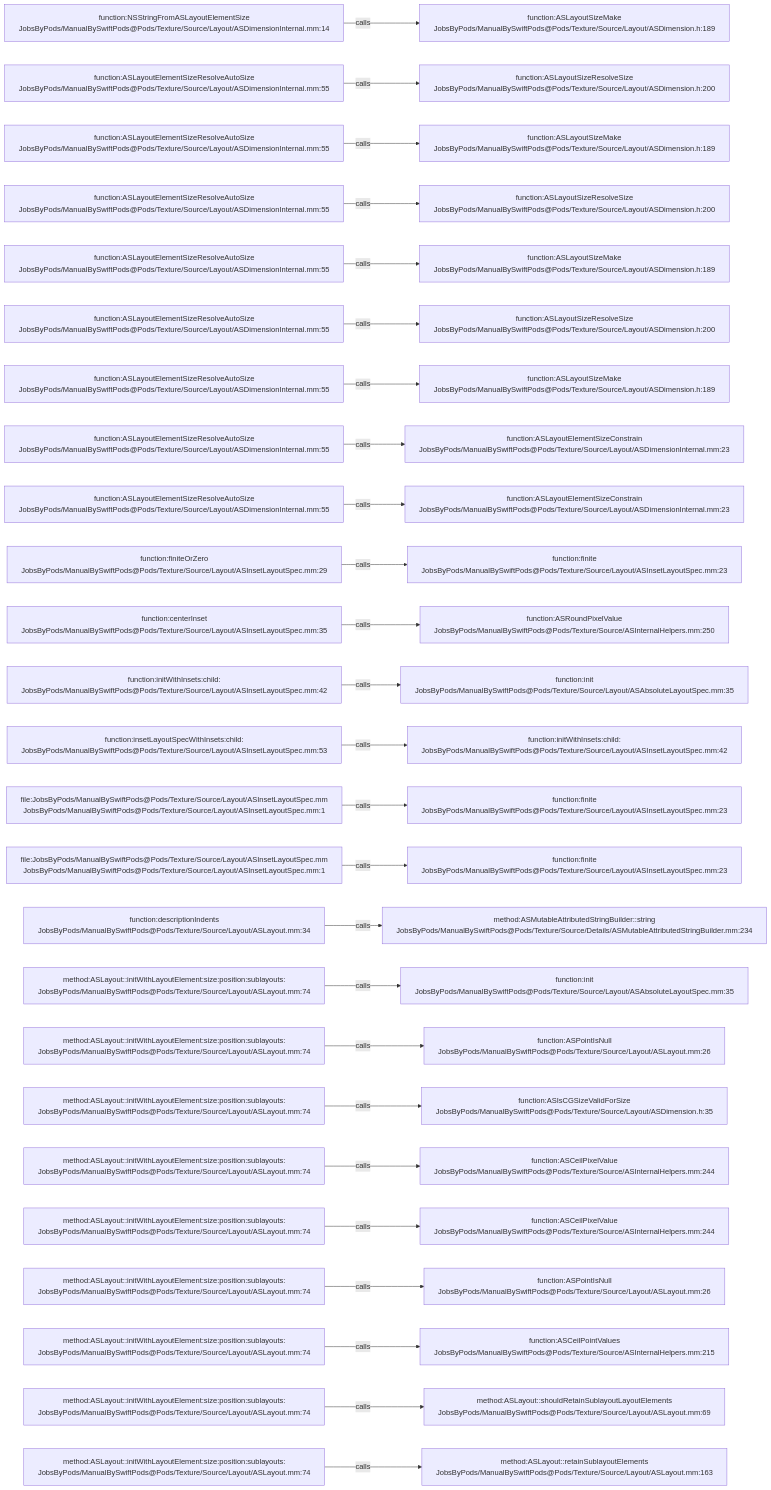
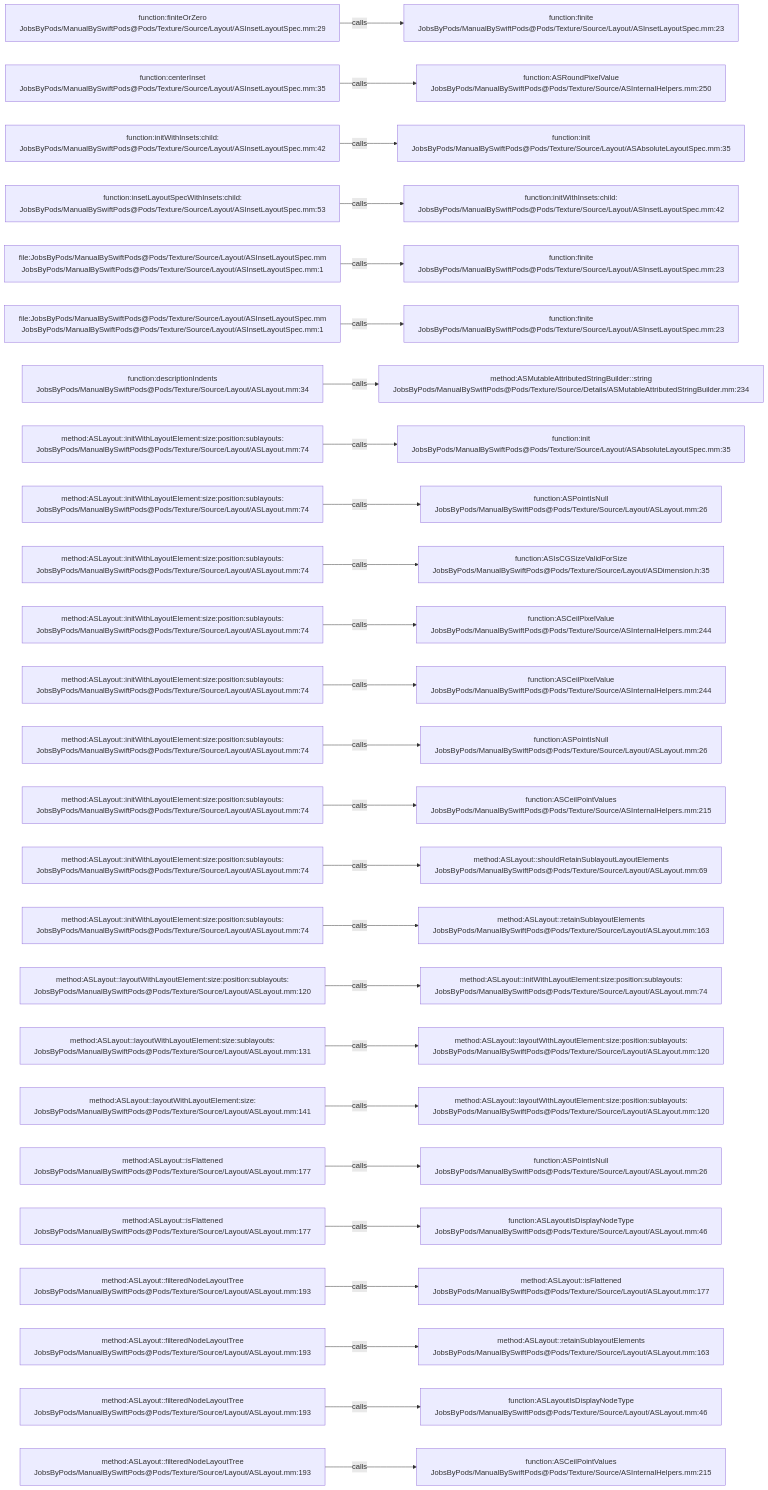
One commit to JobsKits/JobsSwiftBaseConfigDemo changed the diagram in .codegraph/codegraph.md/graphs/calls-108.md. Above: the diagram before and after it, drawn with Mermaid. The commit also changed 707 other files, not shown here.

````diff
--- a/.codegraph/codegraph.md/graphs/calls-108.md
+++ b/.codegraph/codegraph.md/graphs/calls-108.md
@@ -13,78 +13,78 @@
 ```mermaid
 flowchart LR
-  S1["function:NSStringFromASLayoutElementSize<br/>JobsByPods/ManualBySwiftPods@Pods/Texture/Source/Layout/ASDimensionInternal.mm:14"]
-  T1["function:ASLayoutSizeMake<br/>JobsByPods/ManualBySwiftPods@Pods/Texture/Source/Layout/ASDimension.h:189"]
+  S1["function:finiteOrZero<br/>JobsByPods/ManualBySwiftPods@Pods/Texture/Source/Layout/ASInsetLayoutSpec.mm:29"]
+  T1["function:finite<br/>JobsByPods/ManualBySwiftPods@Pods/Texture/Source/Layout/ASInsetLayoutSpec.mm:23"]
   S1 -->|calls| T1
-  S2["function:ASLayoutElementSizeResolveAutoSize<br/>JobsByPods/ManualBySwiftPods@Pods/Texture/Source/Layout/ASDimensionInternal.mm:55"]
-  T2["function:ASLayoutSizeResolveSize<br/>JobsByPods/ManualBySwiftPods@Pods/Texture/Source/Layout/ASDimension.h:200"]
+  S2["function:centerInset<br/>JobsByPods/ManualBySwiftPods@Pods/Texture/Source/Layout/ASInsetLayoutSpec.mm:35"]
+  T2["function:ASRoundPixelValue<br/>JobsByPods/ManualBySwiftPods@Pods/Texture/Source/ASInternalHelpers.mm:250"]
   S2 -->|calls| T2
-  S3["function:ASLayoutElementSizeResolveAutoSize<br/>JobsByPods/ManualBySwiftPods@Pods/Texture/Source/Layout/ASDimensionInternal.mm:55"]
-  T3["function:ASLayoutSizeMake<br/>JobsByPods/ManualBySwiftPods@Pods/Texture/Source/Layout/ASDimension.h:189"]
+  S3["function:initWithInsets:child:<br/>JobsByPods/ManualBySwiftPods@Pods/Texture/Source/Layout/ASInsetLayoutSpec.mm:42"]
+  T3["function:init<br/>JobsByPods/ManualBySwiftPods@Pods/Texture/Source/Layout/ASAbsoluteLayoutSpec.mm:35"]
   S3 -->|calls| T3
-  S4["function:ASLayoutElementSizeResolveAutoSize<br/>JobsByPods/ManualBySwiftPods@Pods/Texture/Source/Layout/ASDimensionInternal.mm:55"]
-  T4["function:ASLayoutSizeResolveSize<br/>JobsByPods/ManualBySwiftPods@Pods/Texture/Source/Layout/ASDimension.h:200"]
+  S4["function:insetLayoutSpecWithInsets:child:<br/>JobsByPods/ManualBySwiftPods@Pods/Texture/Source/Layout/ASInsetLayoutSpec.mm:53"]
+  T4["function:initWithInsets:child:<br/>JobsByPods/ManualBySwiftPods@Pods/Texture/Source/Layout/ASInsetLayoutSpec.mm:42"]
   S4 -->|calls| T4
-  S5["function:ASLayoutElementSizeResolveAutoSize<br/>JobsByPods/ManualBySwiftPods@Pods/Texture/Source/Layout/ASDimensionInternal.mm:55"]
-  T5["function:ASLayoutSizeMake<br/>JobsByPods/ManualBySwiftPods@Pods/Texture/Source/Layout/ASDimension.h:189"]
+  S5["file:JobsByPods/ManualBySwiftPods@Pods/Texture/Source/Layout/ASInsetLayoutSpec.mm<br/>JobsByPods/ManualBySwiftPods@Pods/Texture/Source/Layout/ASInsetLayoutSpec.mm:1"]
+  T5["function:finite<br/>JobsByPods/ManualBySwiftPods@Pods/Texture/Source/Layout/ASInsetLayoutSpec.mm:23"]
   S5 -->|calls| T5
-  S6["function:ASLayoutElementSizeResolveAutoSize<br/>JobsByPods/ManualBySwiftPods@Pods/Texture/Source/Layout/ASDimensionInternal.mm:55"]
-  T6["function:ASLayoutSizeResolveSize<br/>JobsByPods/ManualBySwiftPods@Pods/Texture/Source/Layout/ASDimension.h:200"]
+  S6["file:JobsByPods/ManualBySwiftPods@Pods/Texture/Source/Layout/ASInsetLayoutSpec.mm<br/>JobsByPods/ManualBySwiftPods@Pods/Texture/Source/Layout/ASInsetLayoutSpec.mm:1"]
+  T6["function:finite<br/>JobsByPods/ManualBySwiftPods@Pods/Texture/Source/Layout/ASInsetLayoutSpec.mm:23"]
   S6 -->|calls| T6
-  S7["function:ASLayoutElementSizeResolveAutoSize<br/>JobsByPods/ManualBySwiftPods@Pods/Texture/Source/Layout/ASDimensionInternal.mm:55"]
-  T7["function:ASLayoutSizeMake<br/>JobsByPods/ManualBySwiftPods@Pods/Texture/Source/Layout/ASDimension.h:189"]
+  S7["function:descriptionIndents<br/>JobsByPods/ManualBySwiftPods@Pods/Texture/Source/Layout/ASLayout.mm:34"]
+  T7["method:ASMutableAttributedStringBuilder::string<br/>JobsByPods/ManualBySwiftPods@Pods/Texture/Source/Details/ASMutableAttributedStringBuilder.mm:234"]
   S7 -->|calls| T7
-  S8["function:ASLayoutElementSizeResolveAutoSize<br/>JobsByPods/ManualBySwiftPods@Pods/Texture/Source/Layout/ASDimensionInternal.mm:55"]
-  T8["function:ASLayoutElementSizeConstrain<br/>JobsByPods/ManualBySwiftPods@Pods/Texture/Source/Layout/ASDimensionInternal.mm:23"]
+  S8["method:ASLayout::initWithLayoutElement:size:position:sublayouts:<br/>JobsByPods/ManualBySwiftPods@Pods/Texture/Source/Layout/ASLayout.mm:74"]
+  T8["function:init<br/>JobsByPods/ManualBySwiftPods@Pods/Texture/Source/Layout/ASAbsoluteLayoutSpec.mm:35"]
   S8 -->|calls| T8
-  S9["function:ASLayoutElementSizeResolveAutoSize<br/>JobsByPods/ManualBySwiftPods@Pods/Texture/Source/Layout/ASDimensionInternal.mm:55"]
-  T9["function:ASLayoutElementSizeConstrain<br/>JobsByPods/ManualBySwiftPods@Pods/Texture/Source/Layout/ASDimensionInternal.mm:23"]
+  S9["method:ASLayout::initWithLayoutElement:size:position:sublayouts:<br/>JobsByPods/ManualBySwiftPods@Pods/Texture/Source/Layout/ASLayout.mm:74"]
+  T9["function:ASPointIsNull<br/>JobsByPods/ManualBySwiftPods@Pods/Texture/Source/Layout/ASLayout.mm:26"]
   S9 -->|calls| T9
-  S10["function:finiteOrZero<br/>JobsByPods/ManualBySwiftPods@Pods/Texture/Source/Layout/ASInsetLayoutSpec.mm:29"]
-  T10["function:finite<br/>JobsByPods/ManualBySwiftPods@Pods/Texture/Source/Layout/ASInsetLayoutSpec.mm:23"]
+  S10["method:ASLayout::initWithLayoutElement:size:position:sublayouts:<br/>JobsByPods/ManualBySwiftPods@Pods/Texture/Source/Layout/ASLayout.mm:74"]
+  T10["function:ASIsCGSizeValidForSize<br/>JobsByPods/ManualBySwiftPods@Pods/Texture/Source/Layout/ASDimension.h:35"]
   S10 -->|calls| T10
-  S11["function:centerInset<br/>JobsByPods/ManualBySwiftPods@Pods/Texture/Source/Layout/ASInsetLayoutSpec.mm:35"]
-  T11["function:ASRoundPixelValue<br/>JobsByPods/ManualBySwiftPods@Pods/Texture/Source/ASInternalHelpers.mm:250"]
+  S11["method:ASLayout::initWithLayoutElement:size:position:sublayouts:<br/>JobsByPods/ManualBySwiftPods@Pods/Texture/Source/Layout/ASLayout.mm:74"]
+  T11["function:ASCeilPixelValue<br/>JobsByPods/ManualBySwiftPods@Pods/Texture/Source/ASInternalHelpers.mm:244"]
   S11 -->|calls| T11
-  S12["function:initWithInsets:child:<br/>JobsByPods/ManualBySwiftPods@Pods/Texture/Source/Layout/ASInsetLayoutSpec.mm:42"]
-  T12["function:init<br/>JobsByPods/ManualBySwiftPods@Pods/Texture/Source/Layout/ASAbsoluteLayoutSpec.mm:35"]
+  S12["method:ASLayout::initWithLayoutElement:size:position:sublayouts:<br/>JobsByPods/ManualBySwiftPods@Pods/Texture/Source/Layout/ASLayout.mm:74"]
+  T12["function:ASCeilPixelValue<br/>JobsByPods/ManualBySwiftPods@Pods/Texture/Source/ASInternalHelpers.mm:244"]
   S12 -->|calls| T12
-  S13["function:insetLayoutSpecWithInsets:child:<br/>JobsByPods/ManualBySwiftPods@Pods/Texture/Source/Layout/ASInsetLayoutSpec.mm:53"]
-  T13["function:initWithInsets:child:<br/>JobsByPods/ManualBySwiftPods@Pods/Texture/Source/Layout/ASInsetLayoutSpec.mm:42"]
+  S13["method:ASLayout::initWithLayoutElement:size:position:sublayouts:<br/>JobsByPods/ManualBySwiftPods@Pods/Texture/Source/Layout/ASLayout.mm:74"]
+  T13["function:ASPointIsNull<br/>JobsByPods/ManualBySwiftPods@Pods/Texture/Source/Layout/ASLayout.mm:26"]
   S13 -->|calls| T13
-  S14["file:JobsByPods/ManualBySwiftPods@Pods/Texture/Source/Layout/ASInsetLayoutSpec.mm<br/>JobsByPods/ManualBySwiftPods@Pods/Texture/Source/Layout/ASInsetLayoutSpec.mm:1"]
-  T14["function:finite<br/>JobsByPods/ManualBySwiftPods@Pods/Texture/Source/Layout/ASInsetLayoutSpec.mm:23"]
+  S14["method:ASLayout::initWithLayoutElement:size:position:sublayouts:<br/>JobsByPods/ManualBySwiftPods@Pods/Texture/Source/Layout/ASLayout.mm:74"]
+  T14["function:ASCeilPointValues<br/>JobsByPods/ManualBySwiftPods@Pods/Texture/Source/ASInternalHelpers.mm:215"]
   S14 -->|calls| T14
-  S15["file:JobsByPods/ManualBySwiftPods@Pods/Texture/Source/Layout/ASInsetLayoutSpec.mm<br/>JobsByPods/ManualBySwiftPods@Pods/Texture/Source/Layout/ASInsetLayoutSpec.mm:1"]
-  T15["function:finite<br/>JobsByPods/ManualBySwiftPods@Pods/Texture/Source/Layout/ASInsetLayoutSpec.mm:23"]
+  S15["method:ASLayout::initWithLayoutElement:size:position:sublayouts:<br/>JobsByPods/ManualBySwiftPods@Pods/Texture/Source/Layout/ASLayout.mm:74"]
+  T15["method:ASLayout::shouldRetainSublayoutLayoutElements<br/>JobsByPods/ManualBySwiftPods@Pods/Texture/Source/Layout/ASLayout.mm:69"]
   S15 -->|calls| T15
-  S16["function:descriptionIndents<br/>JobsByPods/ManualBySwiftPods@Pods/Texture/Source/Layout/ASLayout.mm:34"]
-  T16["method:ASMutableAttributedStringBuilder::string<br/>JobsByPods/ManualBySwiftPods@Pods/Texture/Source/Details/ASMutableAttributedStringBuilder.mm:234"]
+  S16["method:ASLayout::initWithLayoutElement:size:position:sublayouts:<br/>JobsByPods/ManualBySwiftPods@Pods/Texture/Source/Layout/ASLayout.mm:74"]
+  T16["method:ASLayout::retainSublayoutElements<br/>JobsByPods/ManualBySwiftPods@Pods/Texture/Source/Layout/ASLayout.mm:163"]
   S16 -->|calls| T16
-  S17["method:ASLayout::initWithLayoutElement:size:position:sublayouts:<br/>JobsByPods/ManualBySwiftPods@Pods/Texture/Source/Layout/ASLayout.mm:74"]
-  T17["function:init<br/>JobsByPods/ManualBySwiftPods@Pods/Texture/Source/Layout/ASAbsoluteLayoutSpec.mm:35"]
+  S17["method:ASLayout::layoutWithLayoutElement:size:position:sublayouts:<br/>JobsByPods/ManualBySwiftPods@Pods/Texture/Source/Layout/ASLayout.mm:120"]
+  T17["method:ASLayout::initWithLayoutElement:size:position:sublayouts:<br/>JobsByPods/ManualBySwiftPods@Pods/Texture/Source/Layout/ASLayout.mm:74"]
   S17 -->|calls| T17
-  S18["method:ASLayout::initWithLayoutElement:size:position:sublayouts:<br/>JobsByPods/ManualBySwiftPods@Pods/Texture/Source/Layout/ASLayout.mm:74"]
-  T18["function:ASPointIsNull<br/>JobsByPods/ManualBySwiftPods@Pods/Texture/Source/Layout/ASLayout.mm:26"]
+  S18["method:ASLayout::layoutWithLayoutElement:size:sublayouts:<br/>JobsByPods/ManualBySwiftPods@Pods/Texture/Source/Layout/ASLayout.mm:131"]
+  T18["method:ASLayout::layoutWithLayoutElement:size:position:sublayouts:<br/>JobsByPods/ManualBySwiftPods@Pods/Texture/Source/Layout/ASLayout.mm:120"]
   S18 -->|calls| T18
-  S19["method:ASLayout::initWithLayoutElement:size:position:sublayouts:<br/>JobsByPods/ManualBySwiftPods@Pods/Texture/Source/Layout/ASLayout.mm:74"]
-  T19["function:ASIsCGSizeValidForSize<br/>JobsByPods/ManualBySwiftPods@Pods/Texture/Source/Layout/ASDimension.h:35"]
+  S19["method:ASLayout::layoutWithLayoutElement:size:<br/>JobsByPods/ManualBySwiftPods@Pods/Texture/Source/Layout/ASLayout.mm:141"]
+  T19["method:ASLayout::layoutWithLayoutElement:size:position:sublayouts:<br/>JobsByPods/ManualBySwiftPods@Pods/Texture/Source/Layout/ASLayout.mm:120"]
   S19 -->|calls| T19
-  S20["method:ASLayout::initWithLayoutElement:size:position:sublayouts:<br/>JobsByPods/ManualBySwiftPods@Pods/Texture/Source/Layout/ASLayout.mm:74"]
-  T20["function:ASCeilPixelValue<br/>JobsByPods/ManualBySwiftPods@Pods/Texture/Source/ASInternalHelpers.mm:244"]
+  S20["method:ASLayout::isFlattened<br/>JobsByPods/ManualBySwiftPods@Pods/Texture/Source/Layout/ASLayout.mm:177"]
+  T20["function:ASPointIsNull<br/>JobsByPods/ManualBySwiftPods@Pods/Texture/Source/Layout/ASLayout.mm:26"]
   S20 -->|calls| T20
-  S21["method:ASLayout::initWithLayoutElement:size:position:sublayouts:<br/>JobsByPods/ManualBySwiftPods@Pods/Texture/Source/Layout/ASLayout.mm:74"]
-  T21["function:ASCeilPixelValue<br/>JobsByPods/ManualBySwiftPods@Pods/Texture/Source/ASInternalHelpers.mm:244"]
+  S21["method:ASLayout::isFlattened<br/>JobsByPods/ManualBySwiftPods@Pods/Texture/Source/Layout/ASLayout.mm:177"]
+  T21["function:ASLayoutIsDisplayNodeType<br/>JobsByPods/ManualBySwiftPods@Pods/Texture/Source/Layout/ASLayout.mm:46"]
   S21 -->|calls| T21
-  S22["method:ASLayout::initWithLayoutElement:size:position:sublayouts:<br/>JobsByPods/ManualBySwiftPods@Pods/Texture/Source/Layout/ASLayout.mm:74"]
-  T22["function:ASPointIsNull<br/>JobsByPods/ManualBySwiftPods@Pods/Texture/Source/Layout/ASLayout.mm:26"]
+  S22["method:ASLayout::filteredNodeLayoutTree<br/>JobsByPods/ManualBySwiftPods@Pods/Texture/Source/Layout/ASLayout.mm:193"]
+  T22["method:ASLayout::isFlattened<br/>JobsByPods/ManualBySwiftPods@Pods/Texture/Source/Layout/ASLayout.mm:177"]
   S22 -->|calls| T22
-  S23["method:ASLayout::initWithLayoutElement:size:position:sublayouts:<br/>JobsByPods/ManualBySwiftPods@Pods/Texture/Source/Layout/ASLayout.mm:74"]
-  T23["function:ASCeilPointValues<br/>JobsByPods/ManualBySwiftPods@Pods/Texture/Source/ASInternalHelpers.mm:215"]
+  S23["method:ASLayout::filteredNodeLayoutTree<br/>JobsByPods/ManualBySwiftPods@Pods/Texture/Source/Layout/ASLayout.mm:193"]
+  T23["method:ASLayout::retainSublayoutElements<br/>JobsByPods/ManualBySwiftPods@Pods/Texture/Source/Layout/ASLayout.mm:163"]
   S23 -->|calls| T23
-  S24["method:ASLayout::initWithLayoutElement:size:position:sublayouts:<br/>JobsByPods/ManualBySwiftPods@Pods/Texture/Source/Layout/ASLayout.mm:74"]
-  T24["method:ASLayout::shouldRetainSublayoutLayoutElements<br/>JobsByPods/ManualBySwiftPods@Pods/Texture/Source/Layout/ASLayout.mm:69"]
+  S24["method:ASLayout::filteredNodeLayoutTree<br/>JobsByPods/ManualBySwiftPods@Pods/Texture/Source/Layout/ASLayout.mm:193"]
+  T24["function:ASLayoutIsDisplayNodeType<br/>JobsByPods/ManualBySwiftPods@Pods/Texture/Source/Layout/ASLayout.mm:46"]
   S24 -->|calls| T24
-  S25["method:ASLayout::initWithLayoutElement:size:position:sublayouts:<br/>JobsByPods/ManualBySwiftPods@Pods/Texture/Source/Layout/ASLayout.mm:74"]
-  T25["method:ASLayout::retainSublayoutElements<br/>JobsByPods/ManualBySwiftPods@Pods/Texture/Source/Layout/ASLayout.mm:163"]
+  S25["method:ASLayout::filteredNodeLayoutTree<br/>JobsByPods/ManualBySwiftPods@Pods/Texture/Source/Layout/ASLayout.mm:193"]
+  T25["function:ASCeilPointValues<br/>JobsByPods/ManualBySwiftPods@Pods/Texture/Source/ASInternalHelpers.mm:215"]
   S25 -->|calls| T25
 ```
````
